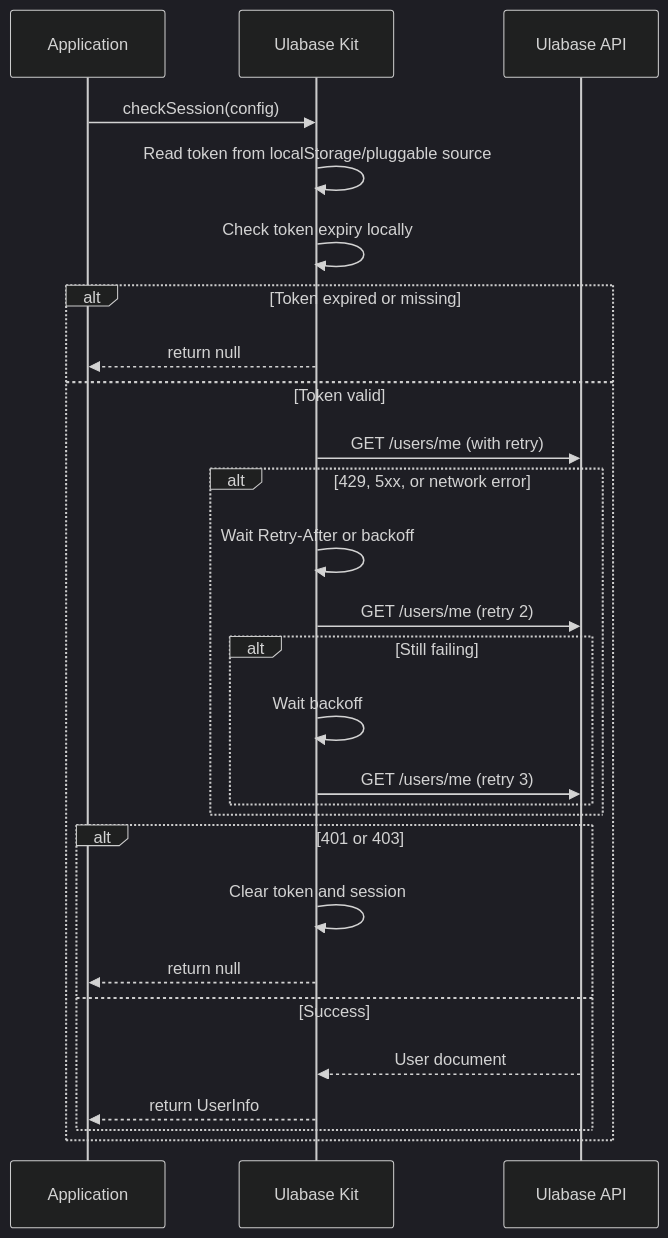
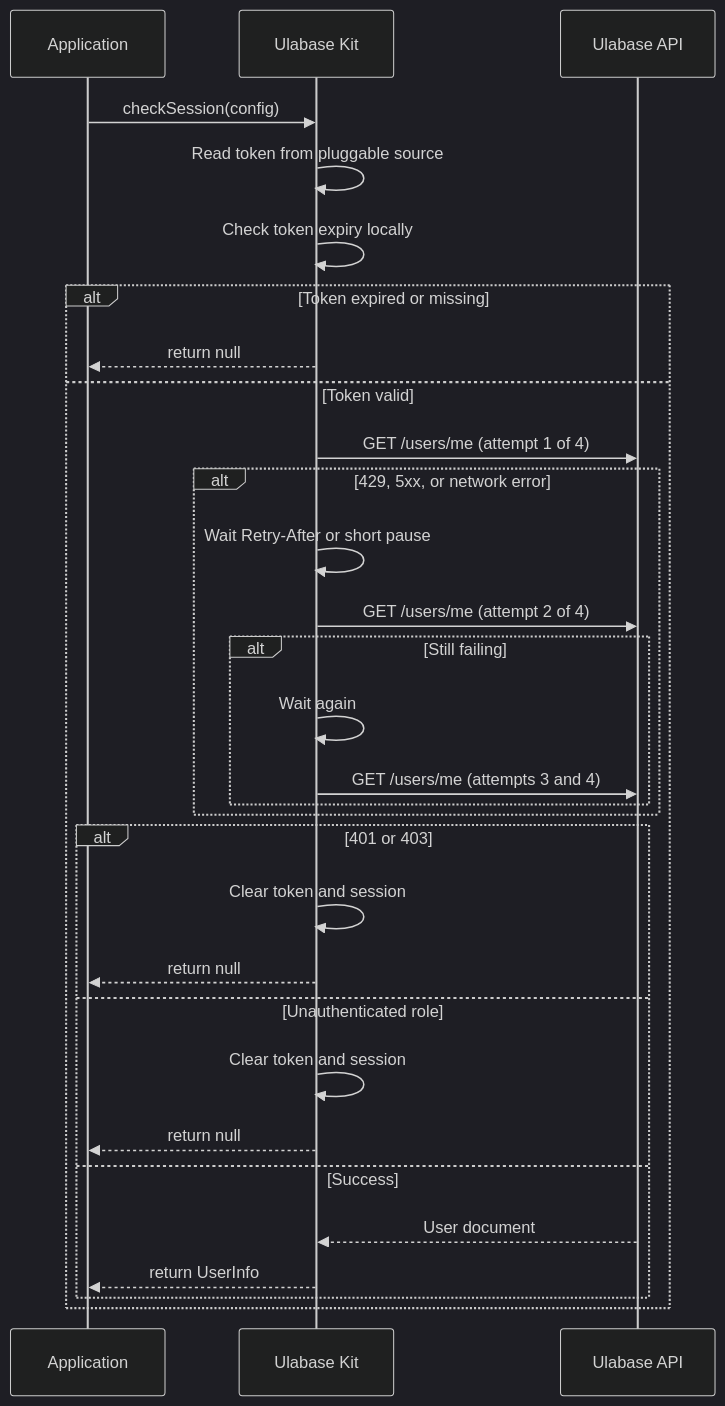
One commit to ulabase/kit changed the fifth of 5 diagrams in openwiki/architecture/token-delivery.md. Above: the diagram before and after it, drawn with Mermaid (dark theme). The commit also changed other lines of this file and 19 other files, not shown here.

Commit message:
OpenWiki: integration tests on the SES mailbox simulator, checkSession with four attempts, catalog through declared aggregations [skip ci]

````diff
--- a/openwiki/architecture/token-delivery.md
+++ b/openwiki/architecture/token-delivery.md
@@ -429,30 +445,33 @@
 ```mermaid
 sequenceDiagram
     participant App as Application
     participant Kit as Ulabase Kit
     participant API as Ulabase API
 
     App->>Kit: checkSession(config)
-    Kit->>Kit: Read token from localStorage/pluggable source
+    Kit->>Kit: Read token from pluggable source
     Kit->>Kit: Check token expiry locally
     alt Token expired or missing
         Kit-->>App: return null
     else Token valid
-        Kit->>API: GET /users/me (with retry)
+        Kit->>API: GET /users/me (attempt 1 of 4)
         alt 429, 5xx, or network error
-            Kit->>Kit: Wait Retry-After or backoff
-            Kit->>API: GET /users/me (retry 2)
+            Kit->>Kit: Wait Retry-After or short pause
+            Kit->>API: GET /users/me (attempt 2 of 4)
             alt Still failing
-                Kit->>Kit: Wait backoff
-                Kit->>API: GET /users/me (retry 3)
+                Kit->>Kit: Wait again
+                Kit->>API: GET /users/me (attempts 3 and 4)
             end
         end
         alt 401 or 403
+            Kit->>Kit: Clear token and session
+            Kit-->>App: return null
+        else Unauthenticated role
             Kit->>Kit: Clear token and session
             Kit-->>App: return null
         else Success
             API-->>Kit: User document
             Kit-->>App: return UserInfo
         end
     end
 ```
````
